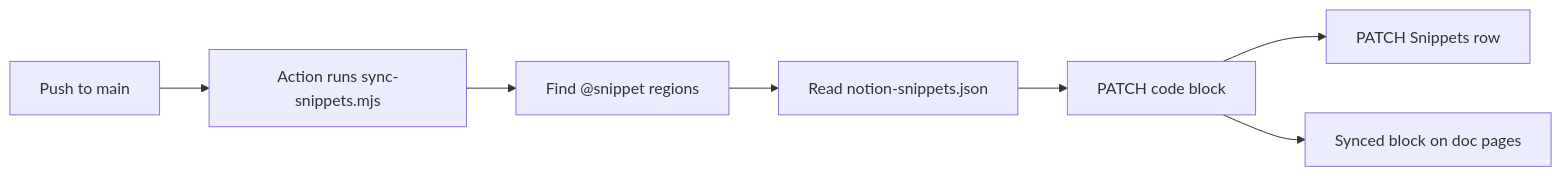
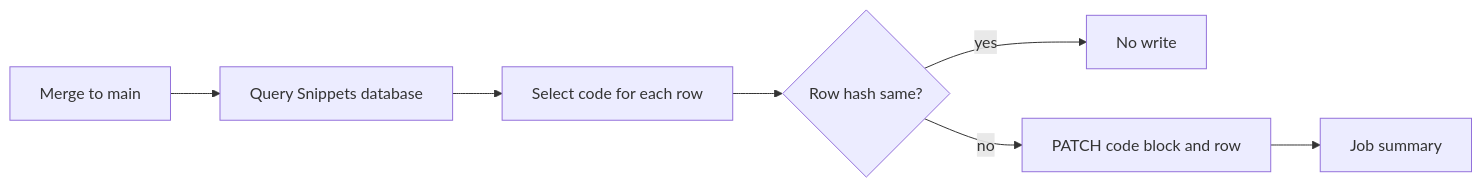
The diagram in README.md (MgCohen/notion-snippet-spike), drawn with Mermaid before and after one commit. The commit also changed other lines of this file and 8 other files, not shown here.

````diff
--- a/README.md
+++ b/README.md
@@ -48,9 +46,9 @@
 ```mermaid
 flowchart LR
-    A[Push to main] --> B[Action runs sync-snippets.mjs]
-    B --> C[Find @snippet regions]
-    C --> D[Read notion-snippets.json]
-    D --> E[PATCH code block]
-    E --> F[PATCH Snippets row]
-    E --> G[Synced block on doc pages]
+    A[Merge to main] --> B[Query Snippets database]
+    B --> C[Select code for each row]
+    C --> D{Row hash same?}
+    D -->|yes| E[No write]
+    D -->|no| F[PATCH code block and row]
+    F --> G[Job summary]
 ```
````
